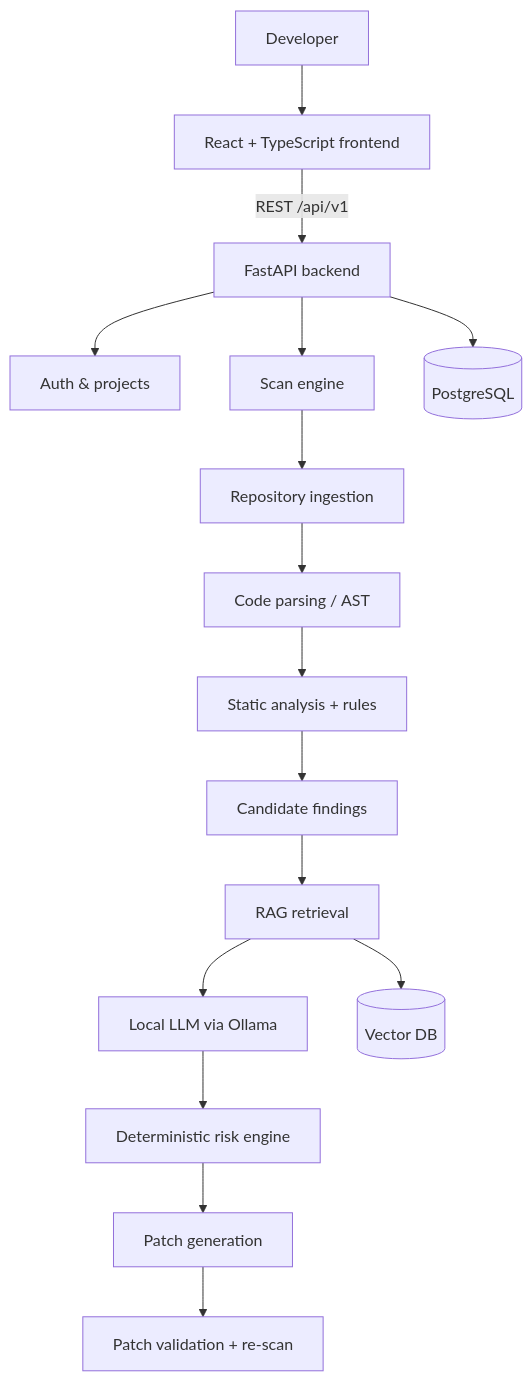
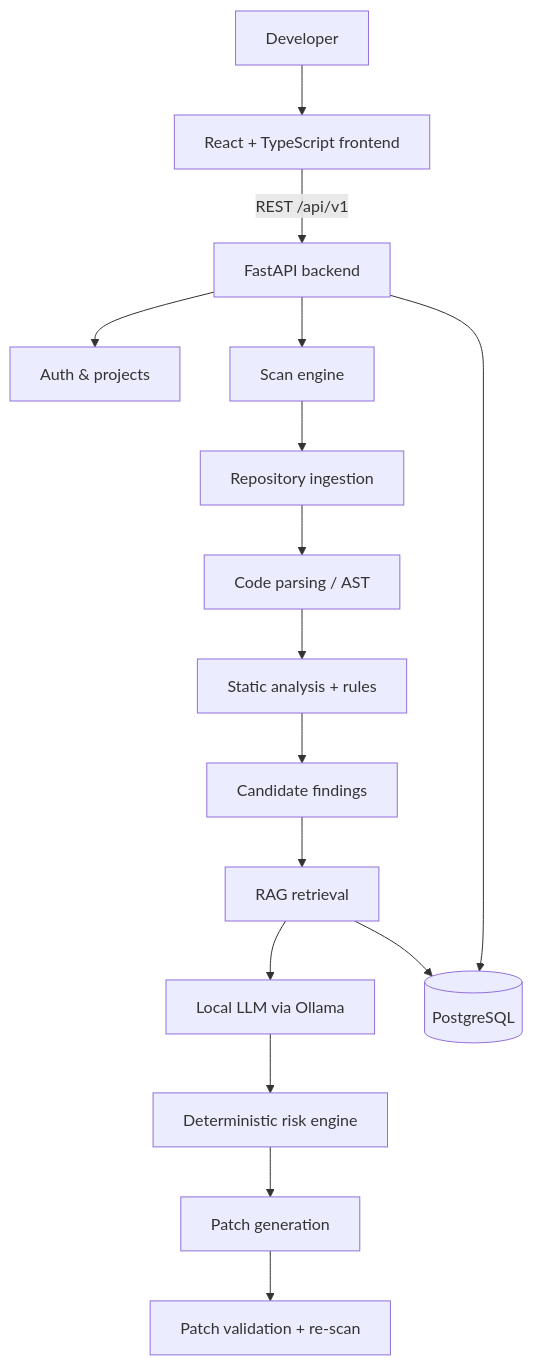
The diagram in README.md (CodeSavvyJayesh/SentinelForge), drawn with Mermaid before and after one commit. The commit also changed other lines of this file and 45 other files, not shown here.

````diff
--- a/README.md
+++ b/README.md
@@ -21,14 +23,14 @@
 ```mermaid
 flowchart TD
     Dev[Developer] --> FE[React + TypeScript frontend]
     FE -->|REST /api/v1| API[FastAPI backend]
     API --> Auth[Auth & projects]
     API --> Scan[Scan engine]
     Scan --> Ingest[Repository ingestion] --> Parse[Code parsing / AST]
     Parse --> Static[Static analysis + rules] --> Cand[Candidate findings]
     Cand --> RAG[RAG retrieval] --> LLM[Local LLM via Ollama]
     LLM --> Risk[Deterministic risk engine] --> Patch[Patch generation]
     Patch --> Validate[Patch validation + re-scan]
     API --> PG[(PostgreSQL)]
-    RAG --> VDB[(Vector DB)]
+    RAG --> PG
 ```
````
